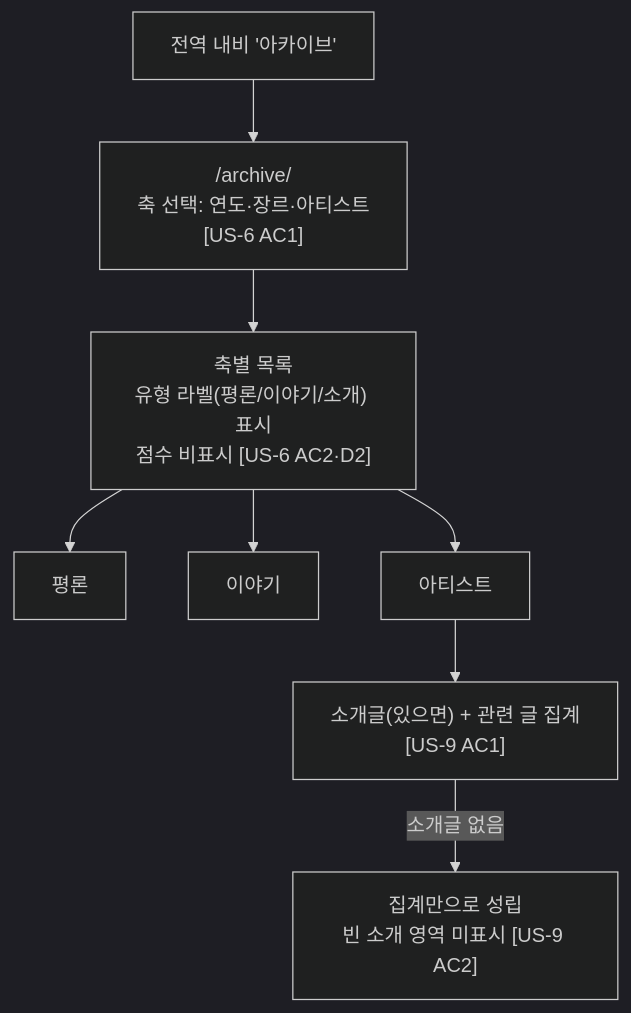
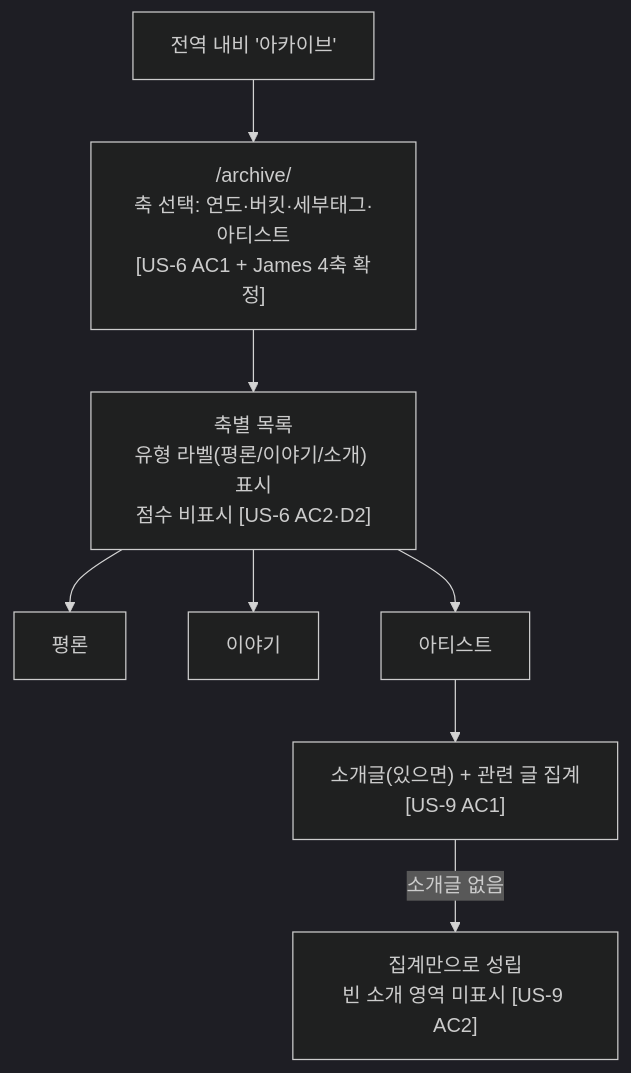
Before and after one commit to fgda114/undernote: the third of 5 diagrams in .agent-team/07-design/ux-flow-map.md, drawn with Mermaid (dark theme). The commit also changed other lines of this file and 20 other files, not shown here.

````diff
--- a/.agent-team/07-design/ux-flow-map.md
+++ b/.agent-team/07-design/ux-flow-map.md
@@ -95,8 +100,8 @@
 ```mermaid
 flowchart TD
-    NAV[전역 내비 '아카이브'] --> ARC["/archive/<br/>축 선택: 연도·장르·아티스트<br/>[US-6 AC1]"]
+    NAV[전역 내비 '아카이브'] --> ARC["/archive/<br/>축 선택: 연도·버킷·세부태그·아티스트<br/>[US-6 AC1 + James 4축 확정]"]
     ARC --> AXIS["축별 목록<br/>유형 라벨(평론/이야기/소개) 표시<br/>점수 비표시 [US-6 AC2·D2]"]
     AXIS --> REV[평론] & STORY[이야기] & ARTIST[아티스트]
     ARTIST --> AGG["소개글(있으면) + 관련 글 집계<br/>[US-9 AC1]"]
     AGG -->|소개글 없음| ONLY["집계만으로 성립<br/>빈 소개 영역 미표시 [US-9 AC2]"]
 ```
````
